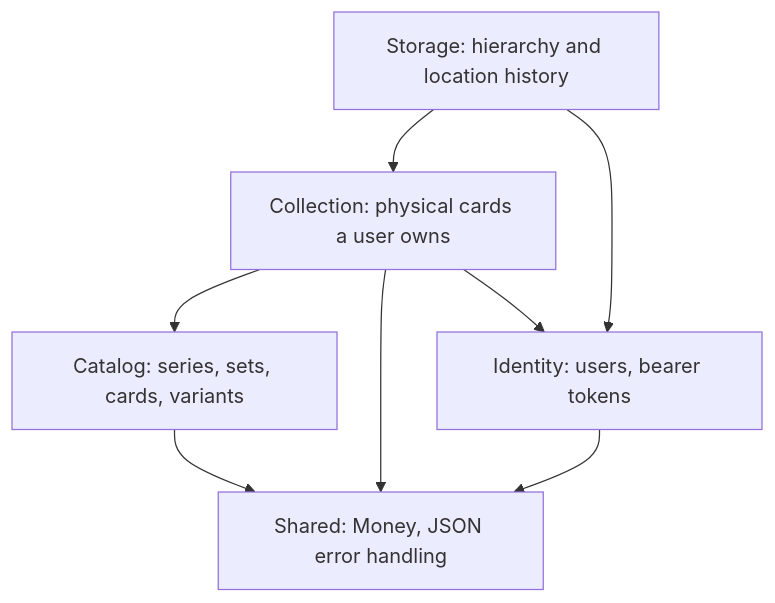
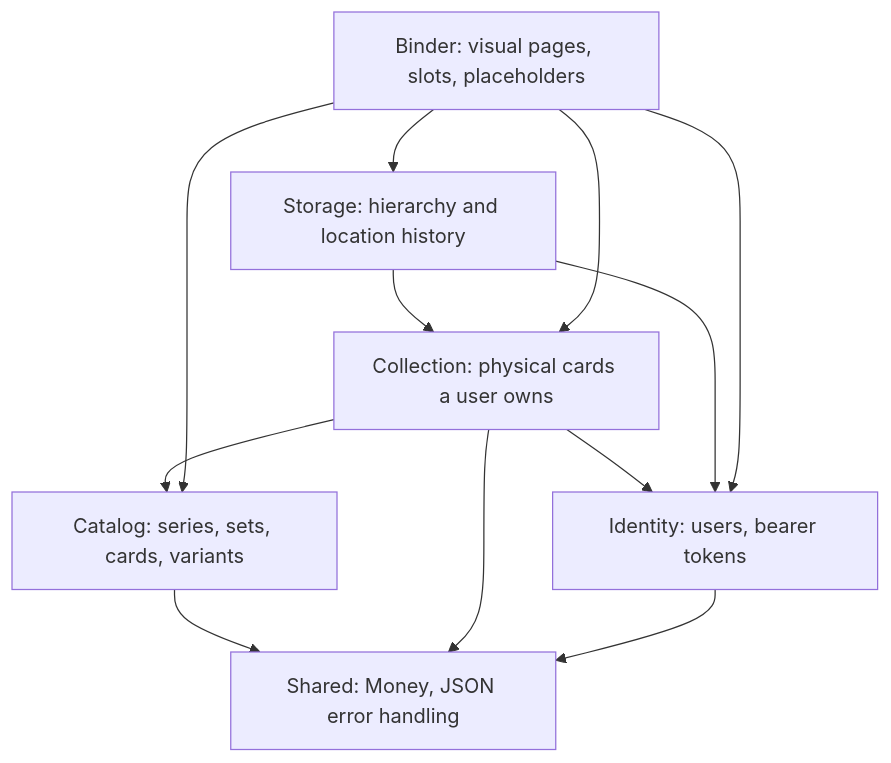
The diagram in README.md (Jelmer-Ketelaar/CardNest), drawn with Mermaid before and after one commit. The commit also changed other lines of this file and 48 other files, not shown here.

Commit message:
[main] Add visual binder planning and card placement

````diff
--- a/README.md
+++ b/README.md
@@ -144,16 +154,21 @@
 ```mermaid
 flowchart TD
     Identity[Identity: users, bearer tokens]
     Catalog[Catalog: series, sets, cards, variants]
     Collection[Collection: physical cards a user owns]
     Storage[Storage: hierarchy and location history]
+    Binder[Binder: visual pages, slots, placeholders]
     Shared[Shared: Money, JSON error handling]
 
     Collection --> Catalog
     Collection --> Identity
     Storage --> Collection
     Storage --> Identity
+    Binder --> Collection
+    Binder --> Storage
+    Binder --> Catalog
+    Binder --> Identity
     Catalog --> Shared
     Collection --> Shared
     Identity --> Shared
 ```
````
